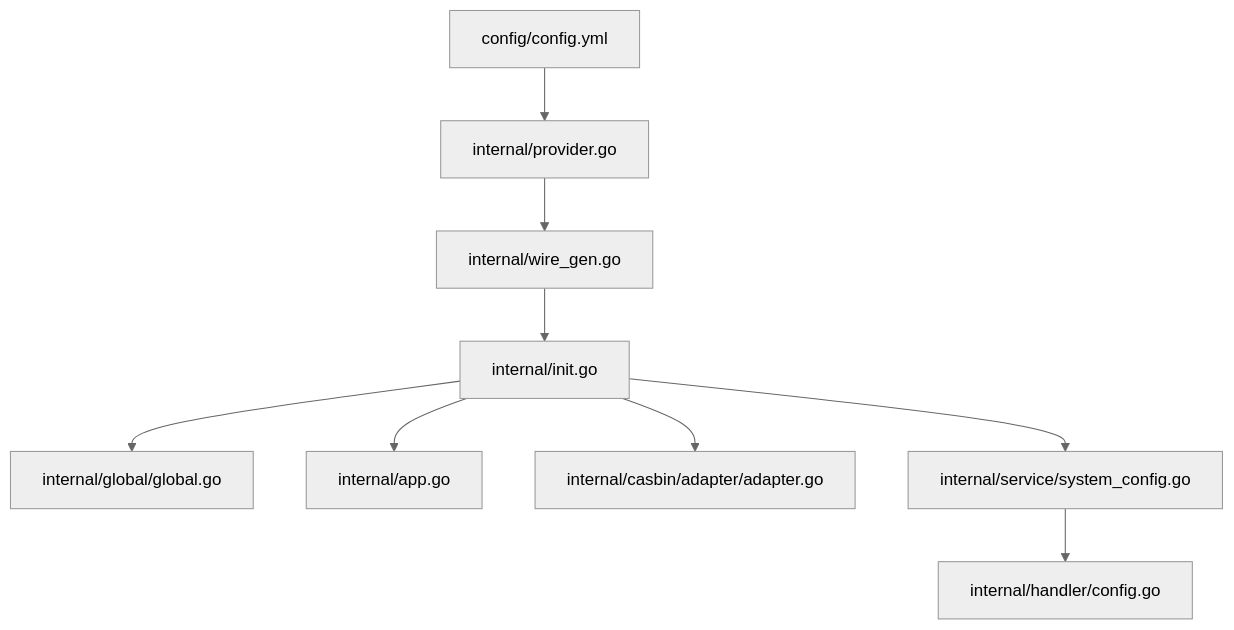
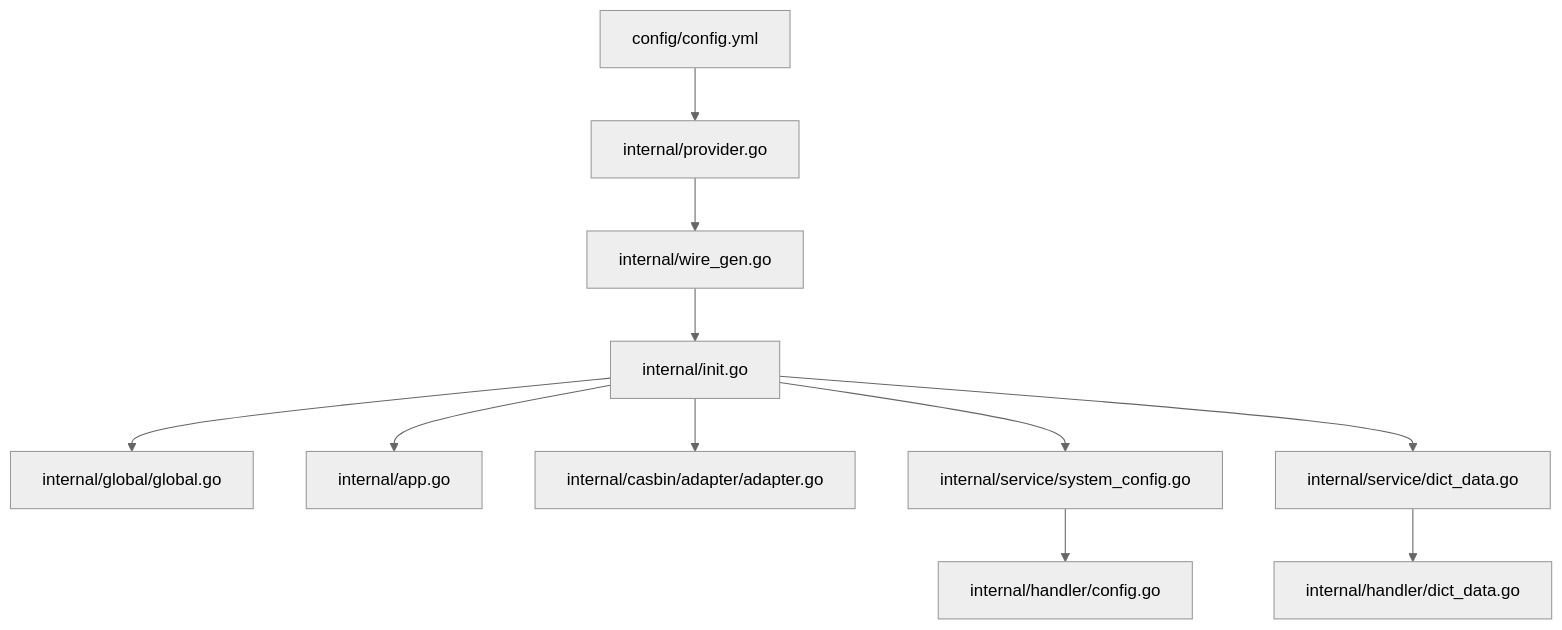
The fourth of 4 diagrams in .qoder/repowiki/zh/content/配置管理/配置管理.md (wuwuseo/e-sports-go-admin), drawn with Mermaid (neutral theme) before and after one commit. The commit also changed other lines of this file and 42 other files, not shown here.

````diff
--- a/.qoder/repowiki/zh/content/配置管理/配置管理.md
+++ b/.qoder/repowiki/zh/content/配置管理/配置管理.md
@@ -252,11 +292,13 @@
 ```mermaid
 graph TB
 CFG["config/config.yml"] --> P["internal/provider.go"]
 P --> W["internal/wire_gen.go"]
 W --> I["internal/init.go"]
 I --> G["internal/global/global.go"]
 I --> A["internal/app.go"]
 I --> AD["internal/casbin/adapter/adapter.go"]
 I --> S["internal/service/system_config.go"]
 S --> H["internal/handler/config.go"]
+I --> D["internal/service/dict_data.go"]
+D --> DH["internal/handler/dict_data.go"]
 ```
````
